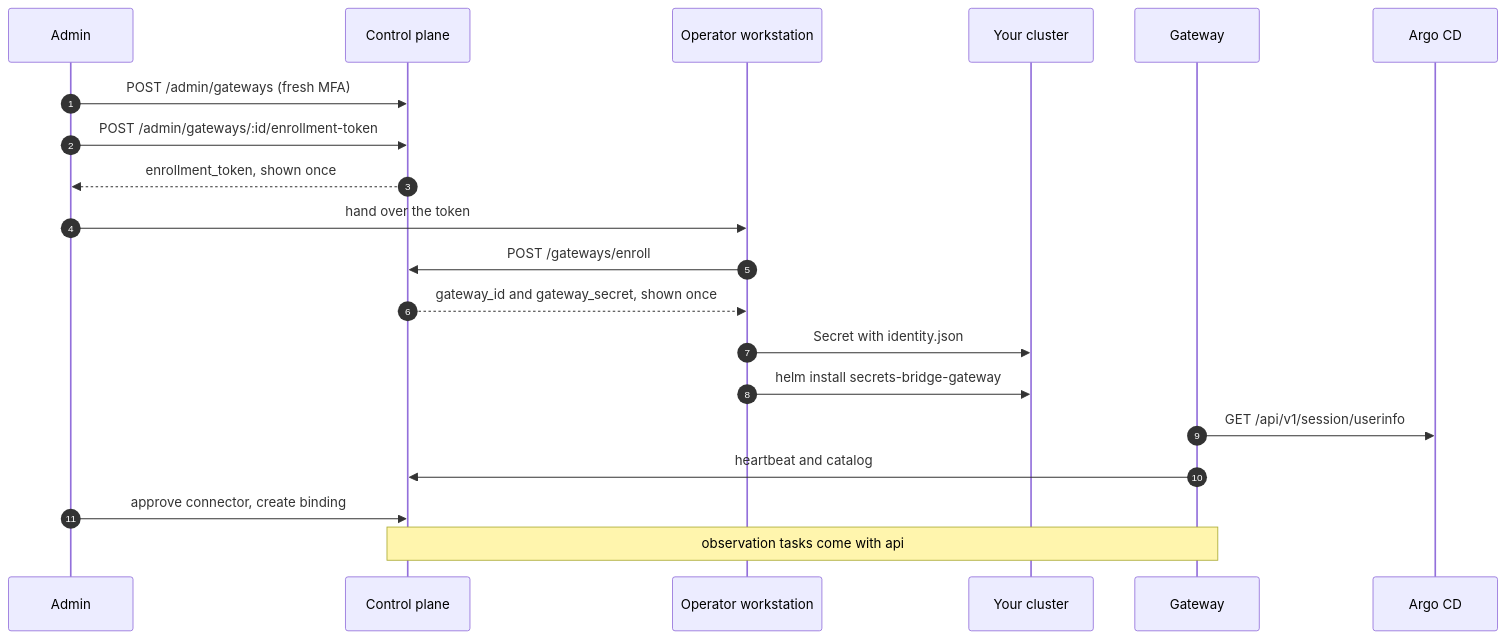
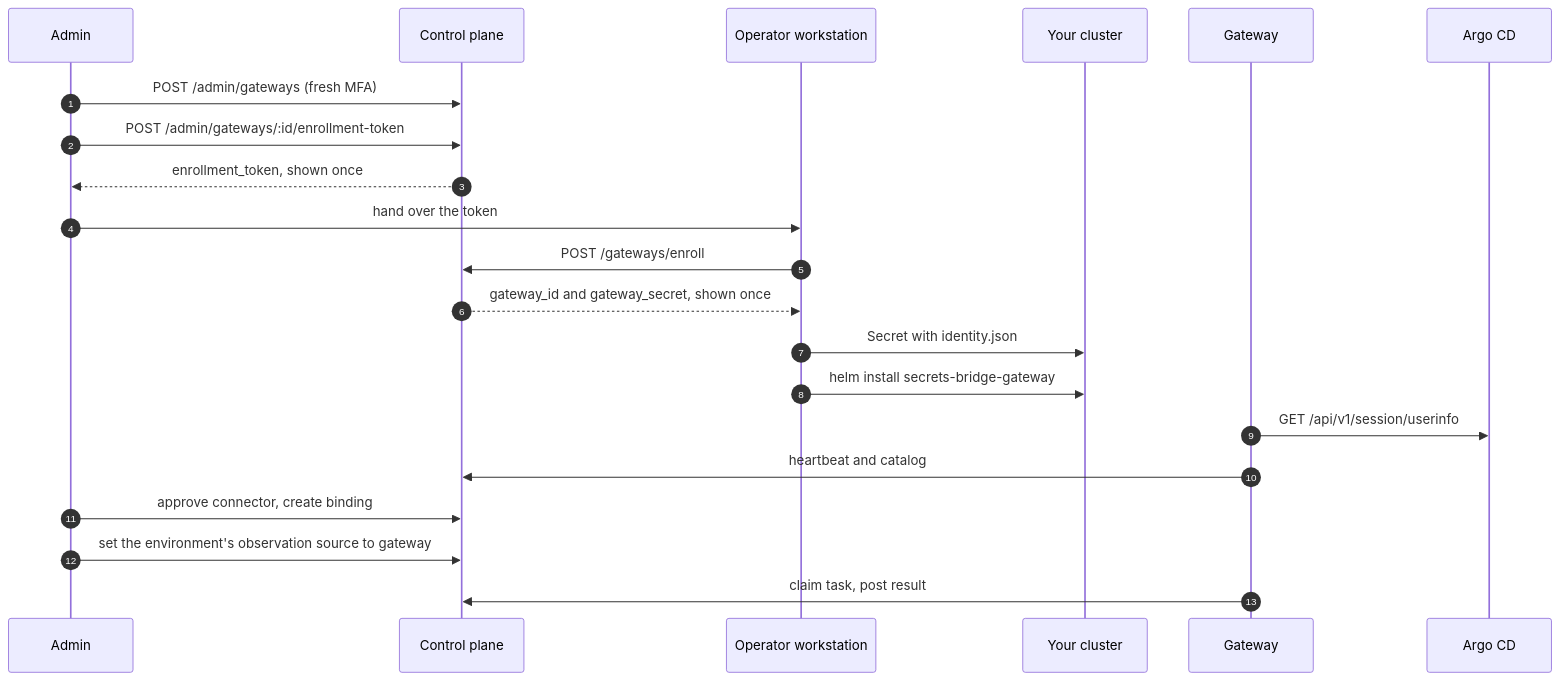
One commit to secrets-bridge/docs changed the diagram in docs/operations/gateway.md. Above: the diagram before and after it, drawn with Mermaid. The commit also changed other lines of this file and 9 other files, not shown here.

First line of the commit message:
docs: Gateway observation tasks and console (R1) (#71)

````diff
--- a/docs/operations/gateway.md
+++ b/docs/operations/gateway.md
@@ -24,22 +25,23 @@
 ```mermaid
 sequenceDiagram
     autonumber
     participant Admin
     participant CP as Control plane
     participant Op as Operator workstation
     participant K8s as Your cluster
     participant GW as Gateway
     participant Argo as Argo CD
     Admin->>CP: POST /admin/gateways (fresh MFA)
     Admin->>CP: POST /admin/gateways/:id/enrollment-token
     CP-->>Admin: enrollment_token, shown once
     Admin->>Op: hand over the token
     Op->>CP: POST /gateways/enroll
     CP-->>Op: gateway_id and gateway_secret, shown once
     Op->>K8s: Secret with identity.json
     Op->>K8s: helm install secrets-bridge-gateway
     GW->>Argo: GET /api/v1/session/userinfo
     GW->>CP: heartbeat and catalog
     Admin->>CP: approve connector, create binding
-    Note over GW,CP: observation tasks come with api#294
+    Admin->>CP: set the environment's observation source to gateway
+    GW->>CP: claim task, post result
 ```
````
